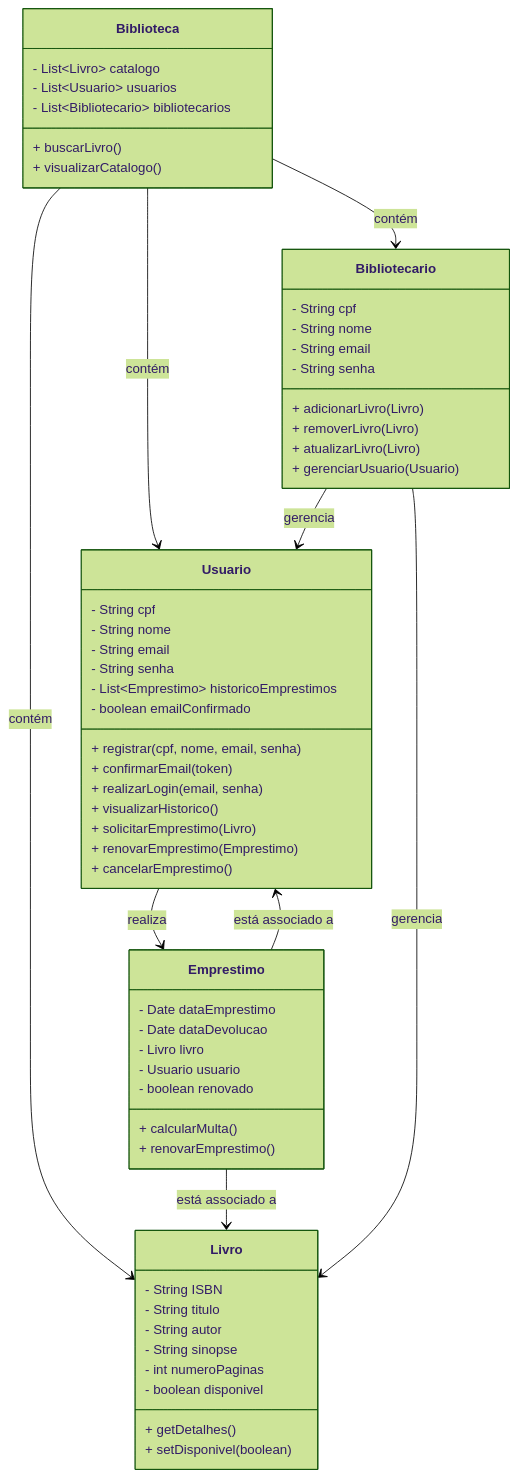
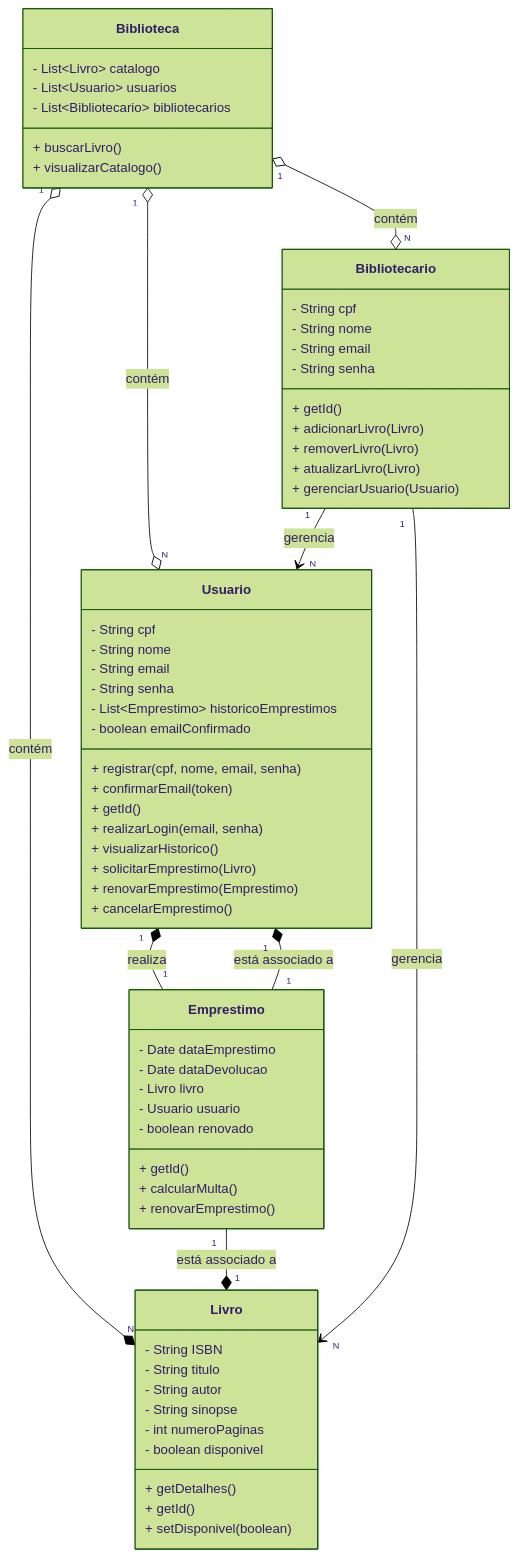
The first of 2 diagrams in README.md (ROQUE100/Mapa-Engenharia-de-Software), drawn with Mermaid (forest theme) before and after one commit. The commit also changed other lines of this file, not shown here.

Commit message:
Update README.md
atualizando realiconamentos

````diff
--- a/README.md
+++ b/README.md
@@ -61,68 +61,73 @@
 ```mermaid
 classDiagram
     class Biblioteca {
         - List~Livro~ catalogo
         - List~Usuario~ usuarios
         - List~Bibliotecario~ bibliotecarios
         + buscarLivro()
         + visualizarCatalogo()
     }
 
     class Livro {
         - String ISBN
         - String titulo
         - String autor
         - String sinopse
         - int numeroPaginas
         - boolean disponivel
         + getDetalhes()
+        + getId()
         + setDisponivel(boolean)
     }
 
     class Usuario {
         - String cpf
         - String nome
         - String email
         - String senha
         - List~Emprestimo~ historicoEmprestimos
         - boolean emailConfirmado
         + registrar(cpf, nome, email, senha)
-        + confirmarEmail(token)       
+        + confirmarEmail(token)
+        + getId()       
         + realizarLogin(email, senha) 
         + visualizarHistorico()
         + solicitarEmprestimo(Livro)
         + renovarEmprestimo(Emprestimo)
         + cancelarEmprestimo()   
                
     }
 
     class Bibliotecario {
         - String cpf
         - String nome
         - String email
         - String senha
+        + getId()
         + adicionarLivro(Livro)
         + removerLivro(Livro)
         + atualizarLivro(Livro)
         + gerenciarUsuario(Usuario)        
     }
 
     class Emprestimo {
         - Date dataEmprestimo
         - Date dataDevolucao
         - Livro livro
         - Usuario usuario
         - boolean renovado
+        + getId()
         + calcularMulta()
         + renovarEmprestimo()
     }
 
-    Biblioteca --> Livro : contém
-    Biblioteca --> Usuario : contém
-    Biblioteca --> Bibliotecario : contém
-    Usuario --> Emprestimo : realiza
-    Emprestimo --> Usuario : está associado a
-    Emprestimo --> Livro : está associado a
-    Bibliotecario --> Livro : gerencia
-    Bibliotecario --> Usuario : gerencia   
+    Biblioteca "1" o--*"N" Livro : contém
+    Biblioteca "1" o--o"N" Usuario : contém
+    Biblioteca "1"o--o"N" Bibliotecario : contém
+    Usuario "1"*--"1" Emprestimo : realiza
+    Emprestimo "1"--*"1" Usuario : está associado a
+    Emprestimo "1"--*"1" Livro : está associado a
+    Bibliotecario "1"-->"N" Livro : gerencia
+    Bibliotecario "1"-->"N" Usuario : gerencia   
+
 ```
````
